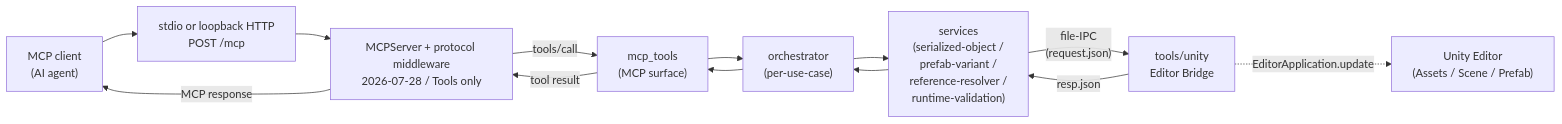
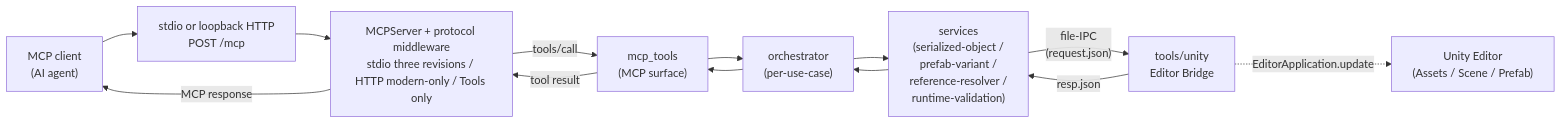
The diagram in ARCHITECTURE.md (tyunta/prefab-sentinel), drawn with Mermaid before and after one commit. The commit also changed other lines of this file and 23 other files, not shown here.

````diff
--- a/ARCHITECTURE.md
+++ b/ARCHITECTURE.md
@@ -9,15 +9,15 @@
 ```mermaid
 flowchart LR
     Client["MCP client<br/>(AI agent)"] --> Transport["stdio or loopback HTTP<br/>POST /mcp"]
-    Transport --> Boundary["MCPServer + protocol middleware<br/>2026-07-28 / Tools only"]
+    Transport --> Boundary["MCPServer + protocol middleware<br/>stdio three revisions / HTTP modern-only / Tools only"]
     Boundary -->|tools/call| Tools["mcp_tools<br/>(MCP surface)"]
     Tools --> Orch["orchestrator<br/>(per-use-case)"]
     Orch --> Svc["services<br/>(serialized-object /<br/>prefab-variant /<br/>reference-resolver /<br/>runtime-validation)"]
     Svc -->|"file-IPC<br/>(request.json)"| Bridge["tools/unity<br/>Editor Bridge"]
     Bridge -->|"resp.json"| Svc
     Bridge -.->|EditorApplication.update| Unity["Unity Editor<br/>(Assets / Scene / Prefab)"]
     Svc --> Orch
     Orch --> Tools
     Tools -->|tool result| Boundary
     Boundary -->|MCP response| Client
 ```
````
